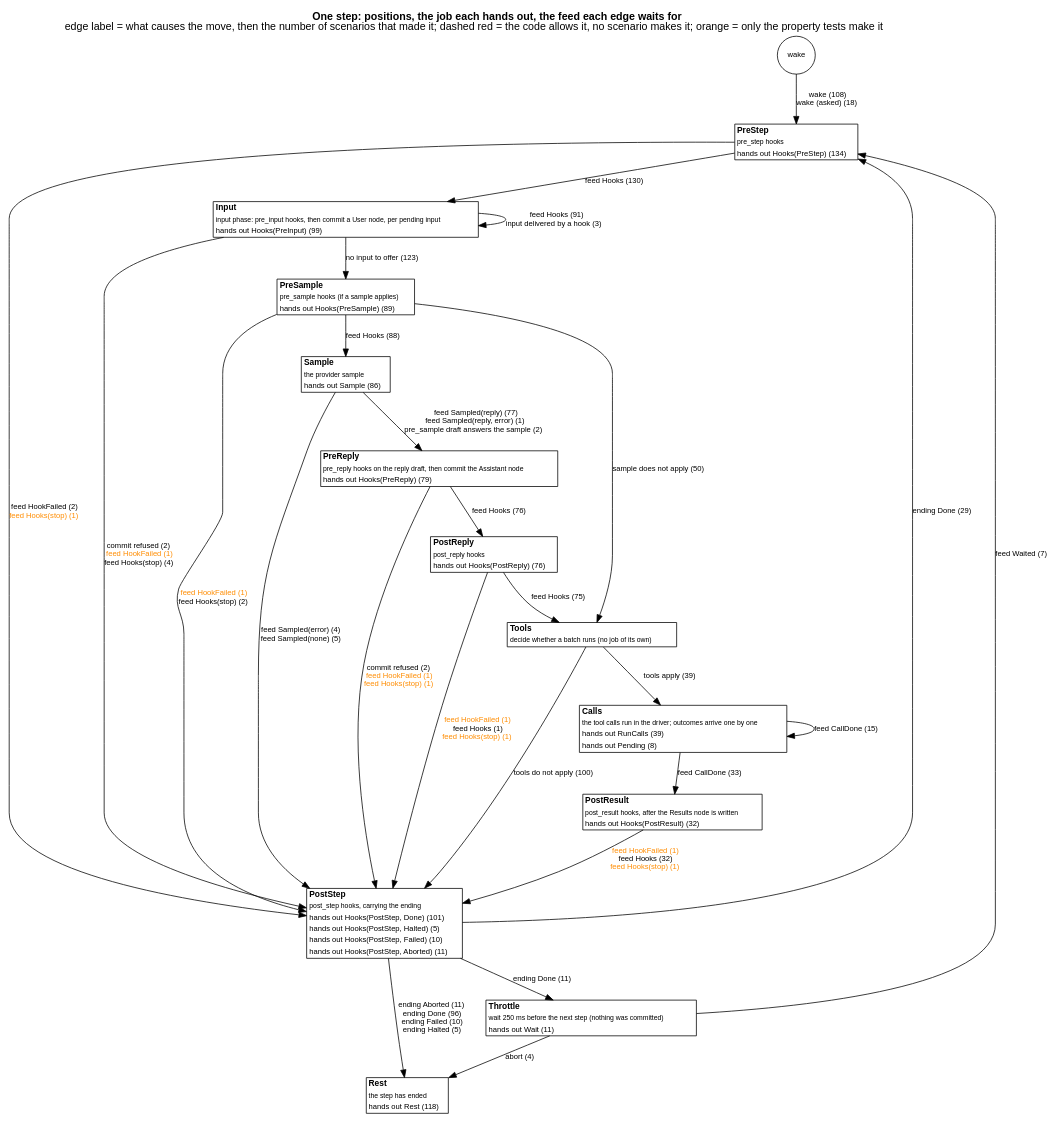
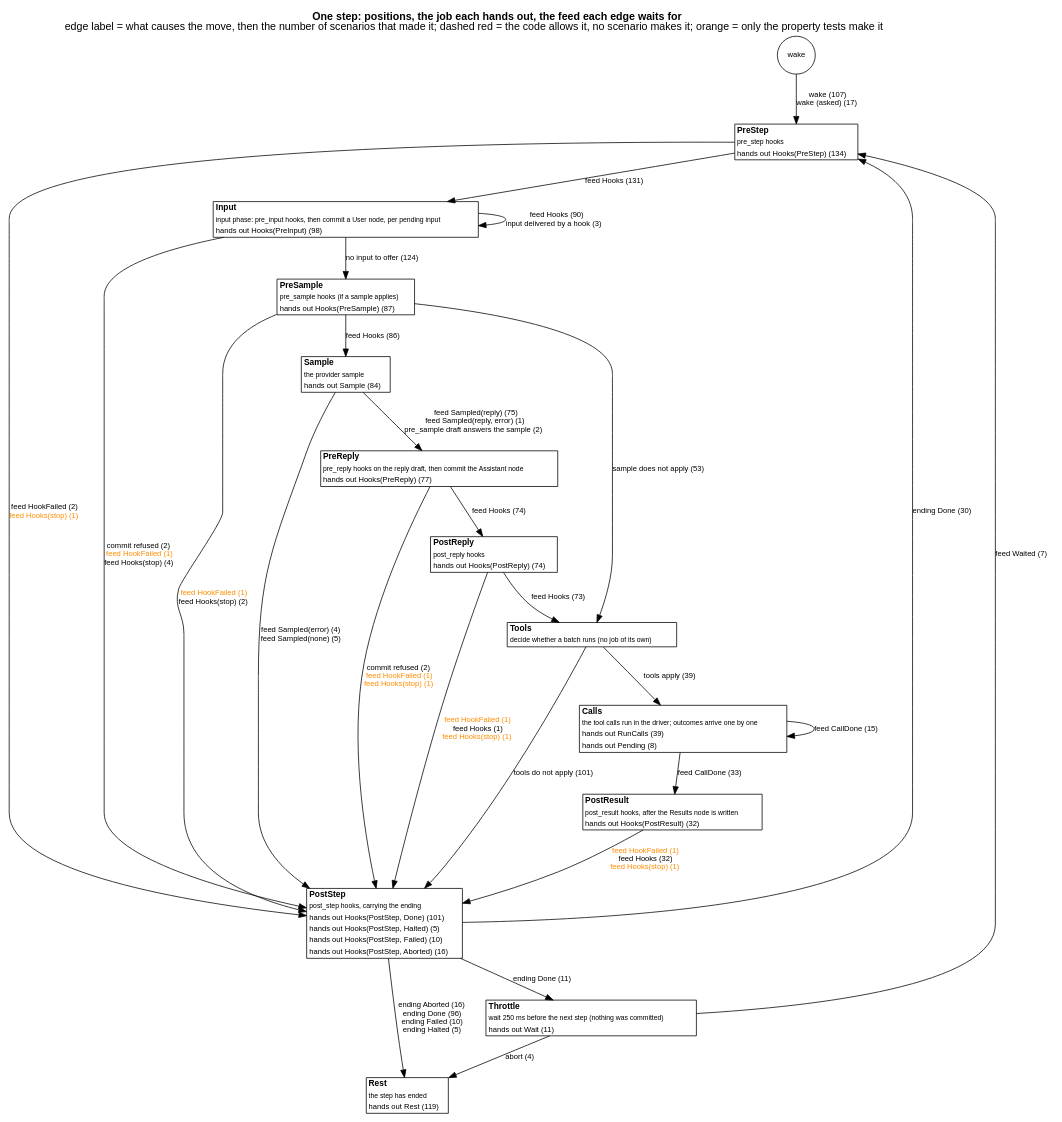
One commit to jmccardle/tau changed the diagram in docs/as-built/diagrams/step-positions.dot. Above: the diagram before and after it, drawn with Graphviz. The commit also changed 36 other files, not shown here.

```diff
--- a/docs/as-built/diagrams/step-positions.dot
+++ b/docs/as-built/diagrams/step-positions.dot
@@ -1,44 +1,44 @@
 // Generated by scripts/diagrams.sh from the test suites' transitions. Do not edit.
 digraph step_positions {
   graph [rankdir=TB, fontname="Helvetica", nodesep=0.5, ranksep=0.6, labelloc=t, label=<<b>One step: positions, the job each hands out, the feed each edge waits for</b><br/>edge label = what causes the move, then the number of scenarios that made it; dashed red = the code allows it, no scenario makes it; orange = only the property tests make it>];
   node [shape=plain, fontname="Helvetica", fontsize=11];
   edge [fontname="Helvetica", fontsize=10];
   "(wake)" [shape=circle, label="wake", fontsize=10];
   "PreStep" [label=<<table border="1" cellborder="0" cellspacing="0" bgcolor="white"><tr><td align="left"><b>PreStep</b></td></tr><tr><td align="left"><font point-size="9">pre_step hooks</font></td></tr><tr><td align="left"><font color="black" point-size="10">hands out Hooks(PreStep) (134)</font></td></tr></table>>];
-  "Input" [label=<<table border="1" cellborder="0" cellspacing="0" bgcolor="white"><tr><td align="left"><b>Input</b></td></tr><tr><td align="left"><font point-size="9">input phase: pre_input hooks, then commit a User node, per pending input</font></td></tr><tr><td align="left"><font color="black" point-size="10">hands out Hooks(PreInput) (99)</font></td></tr></table>>];
-  "PreSample" [label=<<table border="1" cellborder="0" cellspacing="0" bgcolor="white"><tr><td align="left"><b>PreSample</b></td></tr><tr><td align="left"><font point-size="9">pre_sample hooks (if a sample applies)</font></td></tr><tr><td align="left"><font color="black" point-size="10">hands out Hooks(PreSample) (89)</font></td></tr></table>>];
-  "Sample" [label=<<table border="1" cellborder="0" cellspacing="0" bgcolor="white"><tr><td align="left"><b>Sample</b></td></tr><tr><td align="left"><font point-size="9">the provider sample</font></td></tr><tr><td align="left"><font color="black" point-size="10">hands out Sample (86)</font></td></tr></table>>];
-  "PreReply" [label=<<table border="1" cellborder="0" cellspacing="0" bgcolor="white"><tr><td align="left"><b>PreReply</b></td></tr><tr><td align="left"><font point-size="9">pre_reply hooks on the reply draft, then commit the Assistant node</font></td></tr><tr><td align="left"><font color="black" point-size="10">hands out Hooks(PreReply) (79)</font></td></tr></table>>];
-  "PostReply" [label=<<table border="1" cellborder="0" cellspacing="0" bgcolor="white"><tr><td align="left"><b>PostReply</b></td></tr><tr><td align="left"><font point-size="9">post_reply hooks</font></td></tr><tr><td align="left"><font color="black" point-size="10">hands out Hooks(PostReply) (76)</font></td></tr></table>>];
+  "Input" [label=<<table border="1" cellborder="0" cellspacing="0" bgcolor="white"><tr><td align="left"><b>Input</b></td></tr><tr><td align="left"><font point-size="9">input phase: pre_input hooks, then commit a User node, per pending input</font></td></tr><tr><td align="left"><font color="black" point-size="10">hands out Hooks(PreInput) (98)</font></td></tr></table>>];
+  "PreSample" [label=<<table border="1" cellborder="0" cellspacing="0" bgcolor="white"><tr><td align="left"><b>PreSample</b></td></tr><tr><td align="left"><font point-size="9">pre_sample hooks (if a sample applies)</font></td></tr><tr><td align="left"><font color="black" point-size="10">hands out Hooks(PreSample) (87)</font></td></tr></table>>];
+  "Sample" [label=<<table border="1" cellborder="0" cellspacing="0" bgcolor="white"><tr><td align="left"><b>Sample</b></td></tr><tr><td align="left"><font point-size="9">the provider sample</font></td></tr><tr><td align="left"><font color="black" point-size="10">hands out Sample (84)</font></td></tr></table>>];
+  "PreReply" [label=<<table border="1" cellborder="0" cellspacing="0" bgcolor="white"><tr><td align="left"><b>PreReply</b></td></tr><tr><td align="left"><font point-size="9">pre_reply hooks on the reply draft, then commit the Assistant node</font></td></tr><tr><td align="left"><font color="black" point-size="10">hands out Hooks(PreReply) (77)</font></td></tr></table>>];
+  "PostReply" [label=<<table border="1" cellborder="0" cellspacing="0" bgcolor="white"><tr><td align="left"><b>PostReply</b></td></tr><tr><td align="left"><font point-size="9">post_reply hooks</font></td></tr><tr><td align="left"><font color="black" point-size="10">hands out Hooks(PostReply) (74)</font></td></tr></table>>];
   "Tools" [label=<<table border="1" cellborder="0" cellspacing="0" bgcolor="white"><tr><td align="left"><b>Tools</b></td></tr><tr><td align="left"><font point-size="9">decide whether a batch runs (no job of its own)</font></td></tr></table>>];
   "Calls" [label=<<table border="1" cellborder="0" cellspacing="0" bgcolor="white"><tr><td align="left"><b>Calls</b></td></tr><tr><td align="left"><font point-size="9">the tool calls run in the driver; outcomes arrive one by one</font></td></tr><tr><td align="left"><font color="black" point-size="10">hands out RunCalls (39)</font></td></tr><tr><td align="left"><font color="black" point-size="10">hands out Pending (8)</font></td></tr></table>>];
   "PostResult" [label=<<table border="1" cellborder="0" cellspacing="0" bgcolor="white"><tr><td align="left"><b>PostResult</b></td></tr><tr><td align="left"><font point-size="9">post_result hooks, after the Results node is written</font></td></tr><tr><td align="left"><font color="black" point-size="10">hands out Hooks(PostResult) (32)</font></td></tr></table>>];
-  "PostStep" [label=<<table border="1" cellborder="0" cellspacing="0" bgcolor="white"><tr><td align="left"><b>PostStep</b></td></tr><tr><td align="left"><font point-size="9">post_step hooks, carrying the ending</font></td></tr><tr><td align="left"><font color="black" point-size="10">hands out Hooks(PostStep, Done) (101)</font></td></tr><tr><td align="left"><font color="black" point-size="10">hands out Hooks(PostStep, Halted) (5)</font></td></tr><tr><td align="left"><font color="black" point-size="10">hands out Hooks(PostStep, Failed) (10)</font></td></tr><tr><td align="left"><font color="black" point-size="10">hands out Hooks(PostStep, Aborted) (11)</font></td></tr></table>>];
+  "PostStep" [label=<<table border="1" cellborder="0" cellspacing="0" bgcolor="white"><tr><td align="left"><b>PostStep</b></td></tr><tr><td align="left"><font point-size="9">post_step hooks, carrying the ending</font></td></tr><tr><td align="left"><font color="black" point-size="10">hands out Hooks(PostStep, Done) (101)</font></td></tr><tr><td align="left"><font color="black" point-size="10">hands out Hooks(PostStep, Halted) (5)</font></td></tr><tr><td align="left"><font color="black" point-size="10">hands out Hooks(PostStep, Failed) (10)</font></td></tr><tr><td align="left"><font color="black" point-size="10">hands out Hooks(PostStep, Aborted) (16)</font></td></tr></table>>];
   "Throttle" [label=<<table border="1" cellborder="0" cellspacing="0" bgcolor="white"><tr><td align="left"><b>Throttle</b></td></tr><tr><td align="left"><font point-size="9">wait 250 ms before the next step (nothing was committed)</font></td></tr><tr><td align="left"><font color="black" point-size="10">hands out Wait (11)</font></td></tr></table>>];
-  "Rest" [label=<<table border="1" cellborder="0" cellspacing="0" bgcolor="white"><tr><td align="left"><b>Rest</b></td></tr><tr><td align="left"><font point-size="9">the step has ended</font></td></tr><tr><td align="left"><font color="black" point-size="10">hands out Rest (118)</font></td></tr></table>>];
-  "(wake)" -> "PreStep" [label=<wake (108)<br/>wake (asked) (18)>, color="black", style=solid];
+  "Rest" [label=<<table border="1" cellborder="0" cellspacing="0" bgcolor="white"><tr><td align="left"><b>Rest</b></td></tr><tr><td align="left"><font point-size="9">the step has ended</font></td></tr><tr><td align="left"><font color="black" point-size="10">hands out Rest (119)</font></td></tr></table>>];
+  "(wake)" -> "PreStep" [label=<wake (107)<br/>wake (asked) (17)>, color="black", style=solid];
   "Calls" -> "Calls" [label=<feed CallDone (15)>, color="black", style=solid];
   "Calls" -> "PostResult" [label=<feed CallDone (33)>, color="black", style=solid];
-  "Input" -> "Input" [label=<feed Hooks (91)<br/>input delivered by a hook (3)>, color="black", style=solid];
+  "Input" -> "Input" [label=<feed Hooks (90)<br/>input delivered by a hook (3)>, color="black", style=solid];
   "Input" -> "PostStep" [label=<commit refused (2)<br/><font color="darkorange">feed HookFailed (1)</font><br/>feed Hooks(stop) (4)>, color="black", style=solid];
-  "Input" -> "PreSample" [label=<no input to offer (123)>, color="black", style=solid];
+  "Input" -> "PreSample" [label=<no input to offer (124)>, color="black", style=solid];
   "PostReply" -> "PostStep" [label=<<font color="darkorange">feed HookFailed (1)</font><br/>feed Hooks (1)<br/><font color="darkorange">feed Hooks(stop) (1)</font>>, color="black", style=solid];
-  "PostReply" -> "Tools" [label=<feed Hooks (75)>, color="black", style=solid];
+  "PostReply" -> "Tools" [label=<feed Hooks (73)>, color="black", style=solid];
   "PostResult" -> "PostStep" [label=<<font color="darkorange">feed HookFailed (1)</font><br/>feed Hooks (32)<br/><font color="darkorange">feed Hooks(stop) (1)</font>>, color="black", style=solid];
-  "PostStep" -> "PreStep" [label=<ending Done (29)>, color="black", style=solid];
-  "PostStep" -> "Rest" [label=<ending Aborted (11)<br/>ending Done (96)<br/>ending Failed (10)<br/>ending Halted (5)>, color="black", style=solid];
+  "PostStep" -> "PreStep" [label=<ending Done (30)>, color="black", style=solid];
+  "PostStep" -> "Rest" [label=<ending Aborted (16)<br/>ending Done (96)<br/>ending Failed (10)<br/>ending Halted (5)>, color="black", style=solid];
   "PostStep" -> "Throttle" [label=<ending Done (11)>, color="black", style=solid];
-  "PreReply" -> "PostReply" [label=<feed Hooks (76)>, color="black", style=solid];
+  "PreReply" -> "PostReply" [label=<feed Hooks (74)>, color="black", style=solid];
   "PreReply" -> "PostStep" [label=<commit refused (2)<br/><font color="darkorange">feed HookFailed (1)</font><br/><font color="darkorange">feed Hooks(stop) (1)</font>>, color="black", style=solid];
   "PreSample" -> "PostStep" [label=<<font color="darkorange">feed HookFailed (1)</font><br/>feed Hooks(stop) (2)>, color="black", style=solid];
-  "PreSample" -> "Sample" [label=<feed Hooks (88)>, color="black", style=solid];
-  "PreSample" -> "Tools" [label=<sample does not apply (50)>, color="black", style=solid];
-  "PreStep" -> "Input" [label=<feed Hooks (130)>, color="black", style=solid];
+  "PreSample" -> "Sample" [label=<feed Hooks (86)>, color="black", style=solid];
+  "PreSample" -> "Tools" [label=<sample does not apply (53)>, color="black", style=solid];
+  "PreStep" -> "Input" [label=<feed Hooks (131)>, color="black", style=solid];
   "PreStep" -> "PostStep" [label=<feed HookFailed (2)<br/><font color="darkorange">feed Hooks(stop) (1)</font>>, color="black", style=solid];
   "Sample" -> "PostStep" [label=<feed Sampled(error) (4)<br/>feed Sampled(none) (5)>, color="black", style=solid];
-  "Sample" -> "PreReply" [label=<feed Sampled(reply) (77)<br/>feed Sampled(reply, error) (1)<br/>pre_sample draft answers the sample (2)>, color="black", style=solid];
+  "Sample" -> "PreReply" [label=<feed Sampled(reply) (75)<br/>feed Sampled(reply, error) (1)<br/>pre_sample draft answers the sample (2)>, color="black", style=solid];
   "Throttle" -> "PreStep" [label=<feed Waited (7)>, color="black", style=solid];
   "Throttle" -> "Rest" [label=<abort (4)>, color="black", style=solid];
   "Tools" -> "Calls" [label=<tools apply (39)>, color="black", style=solid];
-  "Tools" -> "PostStep" [label=<tools do not apply (100)>, color="black", style=solid];
+  "Tools" -> "PostStep" [label=<tools do not apply (101)>, color="black", style=solid];
 }
```
